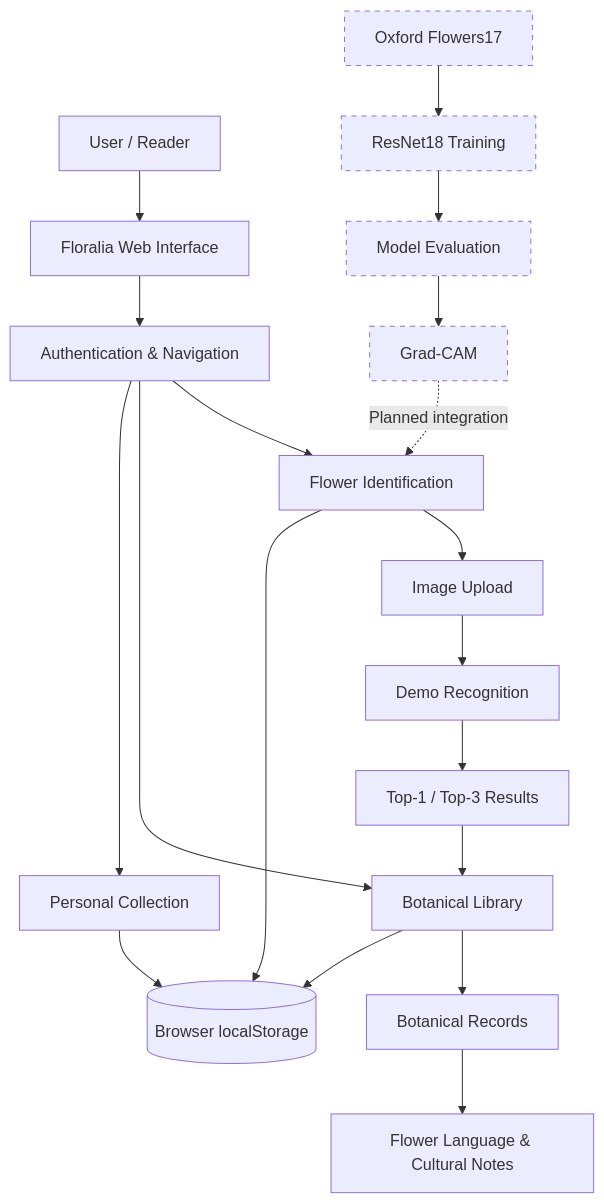
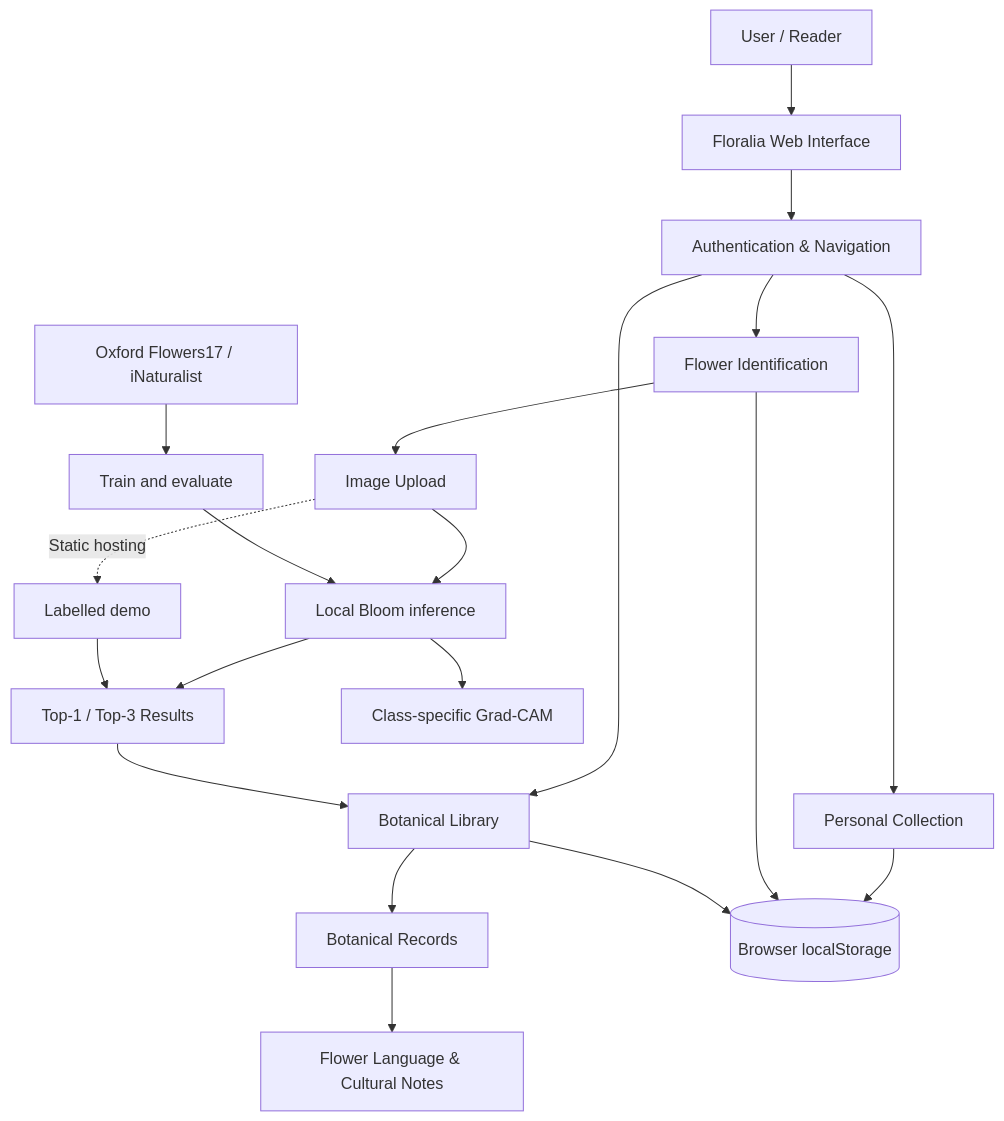
The diagram in README.md (stellablack528/Floralia-Library), drawn with Mermaid before and after one commit. The commit also changed other lines of this file and 12 other files, not shown here.

Commit message:
feat: curate flower folios and add sourced meanings

````diff
--- a/README.md
+++ b/README.md
@@ -183,28 +179,26 @@
 ```mermaid
 flowchart TD
     A["User / Reader"] --> B["Floralia Web Interface"]
     B --> C["Authentication & Navigation"]
     C --> D["Flower Identification"]
     C --> E["Botanical Library"]
     C --> F["Personal Collection"]
 
     D --> G["Image Upload"]
-    G --> H["Demo Recognition"]
+    G --> H["Local Bloom inference"]
+    G -. "Static hosting" .-> S["Labelled demo"]
     H --> I["Top-1 / Top-3 Results"]
+    S --> I
+    H --> P["Class-specific Grad-CAM"]
     I --> E
 
     E --> J["Botanical Records"]
     J --> K["Flower Language & Cultural Notes"]
 
     F --> L[("Browser localStorage")]
     D --> L
     E --> L
 
-    M["Oxford Flowers17"] --> N["ResNet18 Training"]
-    N --> O["Model Evaluation"]
-    O --> P["Grad-CAM"]
-    P -. "Planned integration" .-> D
-
-    classDef planned stroke-dasharray:5 5;
-    class M,N,O,P planned;
+    M["Oxford Flowers17 / iNaturalist"] --> N["Train and evaluate"]
+    N --> H
 ```
````
